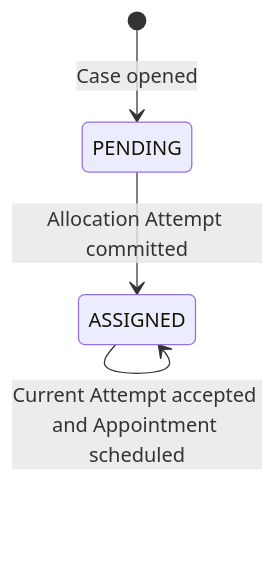
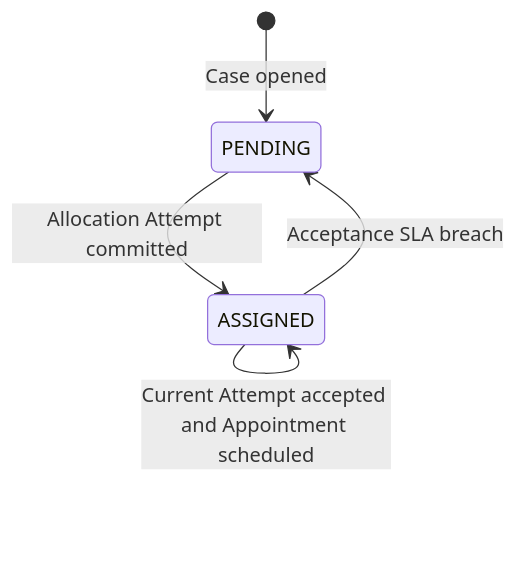
The diagram in docs/case-lifecycle.md (zek01svg/town-ops), drawn with Mermaid before and after one commit. The commit also changed other lines of this file and 23 other files, not shown here.

First line of the commit message:
feat: enforce acceptance SLA breach and replacement

````diff
--- a/docs/case-lifecycle.md
+++ b/docs/case-lifecycle.md
@@ -8,6 +8,7 @@
 ```mermaid
 stateDiagram-v2
     [*] --> PENDING : Case opened
     PENDING --> ASSIGNED : Allocation Attempt committed
     ASSIGNED --> ASSIGNED : Current Attempt accepted and Appointment scheduled
+    ASSIGNED --> PENDING : Acceptance SLA breach
 ```
````
